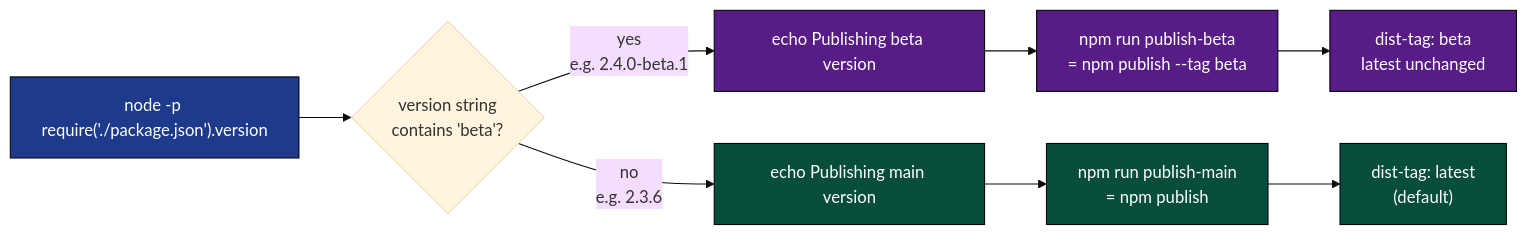
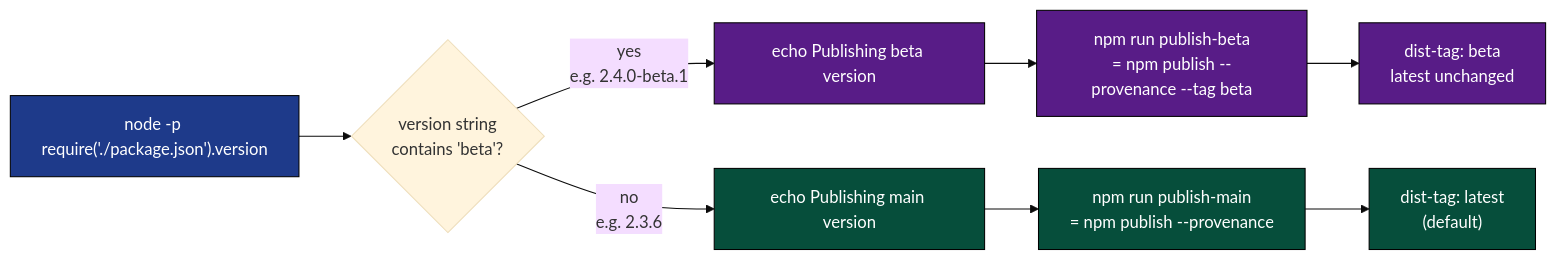
Before and after one commit to gregreindel/llm-exe: the sixth of 12 diagrams in .github/docs/PUBLISH_RELEASE_DEEP_DIVE.md, drawn with Mermaid (base theme). The commit also changed other lines of this file and 2 other files, not shown here.

Commit message:
docs: sync publish deep dives after package.json --provenance change

````diff
--- a/.github/docs/PUBLISH_RELEASE_DEEP_DIVE.md
+++ b/.github/docs/PUBLISH_RELEASE_DEEP_DIVE.md
@@ -298,18 +298,18 @@
 ```mermaid
 flowchart LR
     classDef read fill:#1e3a8a,color:#fff,stroke:#000
     classDef dec fill:#7c2d12,color:#fff,stroke:#000
     classDef main fill:#064e3b,color:#fff,stroke:#000
     classDef beta fill:#581c87,color:#fff,stroke:#000
 
     A["node -p require('./package.json').version"]:::read
     A --> D{version string\ncontains 'beta'?}
 
     D -->|yes\ne.g. 2.4.0-beta.1| B1["echo Publishing beta version"]:::beta
-    B1 --> B2["npm run publish-beta\n= npm publish --tag beta"]:::beta
+    B1 --> B2["npm run publish-beta\n= npm publish --provenance --tag beta"]:::beta
     B2 --> B3["dist-tag: beta\nlatest unchanged"]:::beta
 
     D -->|no\ne.g. 2.3.6| M1["echo Publishing main version"]:::main
-    M1 --> M2["npm run publish-main\n= npm publish"]:::main
+    M1 --> M2["npm run publish-main\n= npm publish --provenance"]:::main
     M2 --> M3["dist-tag: latest\n(default)"]:::main
 ```
````
